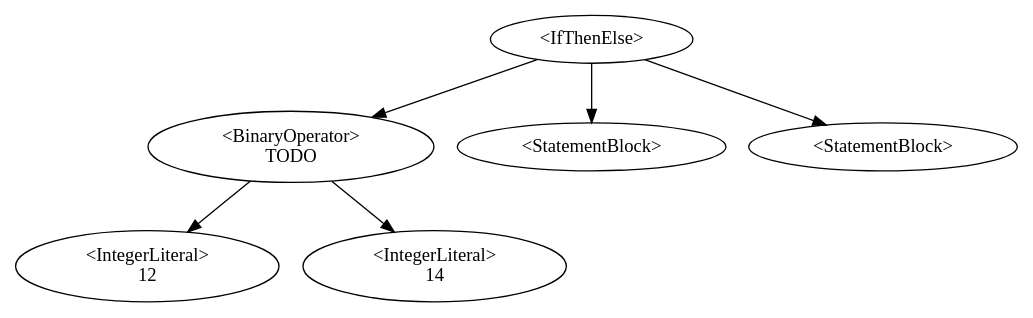
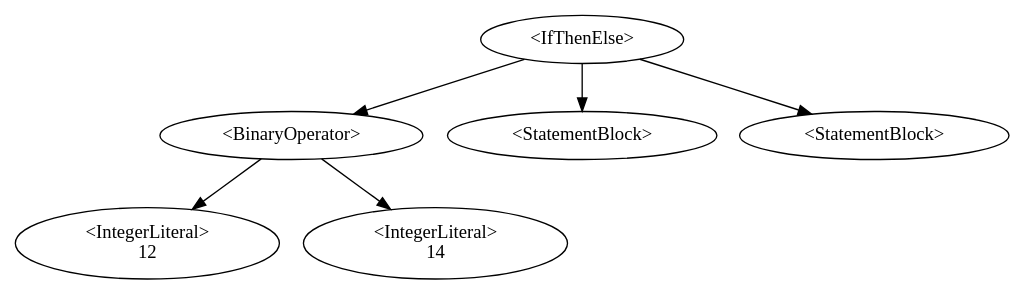
One commit to QazmoQwerty/dino changed the diagram in Dino/Dino/AstDisplay.gv. Above: the diagram before and after it, drawn with Graphviz. The commit also changed 7 other files, not shown here.

```diff
--- a/Dino/Dino/AstDisplay.gv
+++ b/Dino/Dino/AstDisplay.gv
@@ -1,8 +1,8 @@
 digraph G {
 1 [label="<IfThenElse>"];1->2;1->5;1->6;
-2 [label="<BinaryOperator>\nTODO"];2->3;2->4;
+2 [label="<BinaryOperator>\n"];2->3;2->4;
 3 [label="<IntegerLiteral>\n12"];
 4 [label="<IntegerLiteral>\n14"];
 5 [label="<StatementBlock>"];
 6 [label="<StatementBlock>"];
 }
```
